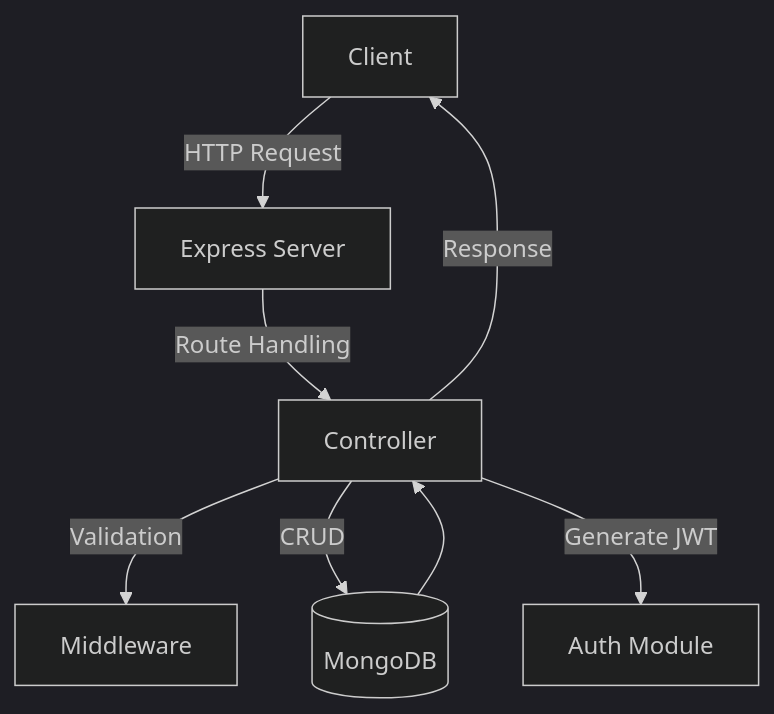
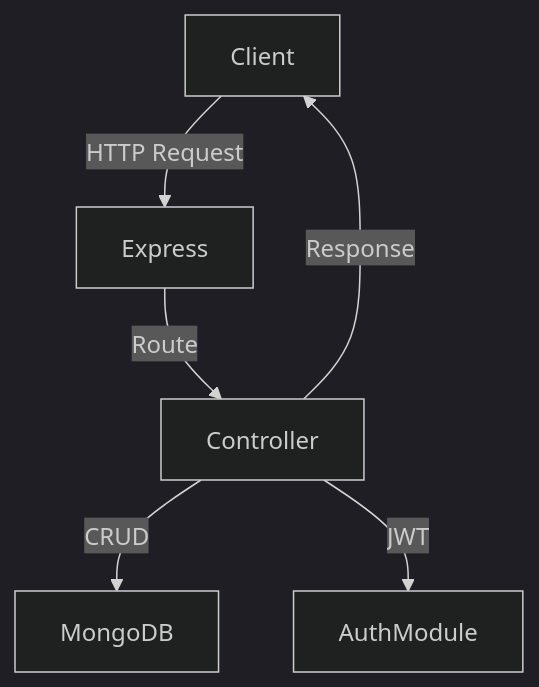
One commit to Alexintw/Fluxcore changed the diagram in README.md. Above: the diagram before and after it, drawn with Mermaid (dark theme). The commit also changed other lines of this file and 12 other files, not shown here.

````diff
--- a/README.md
+++ b/README.md
@@ -111,11 +110,8 @@
 ```mermaid
 flowchart TD
-    Client[Client]
-    Client -->|HTTP Request| Express[Express Server]
-    Express -->|Route Handling| Controller
-    Controller -->|Validation| Middleware
-    Controller -->|CRUD| MongoDB[(MongoDB)]
-    Controller -->|Generate JWT| Auth[Auth Module]
-    MongoDB --> Controller
-    Controller -->|Response| Client
+  Client -->|HTTP Request| Express
+  Express -->|Route| Controller
+  Controller -->|CRUD| MongoDB
+  Controller -->|JWT| AuthModule
+  Controller -->|Response| Client
 ```
````
